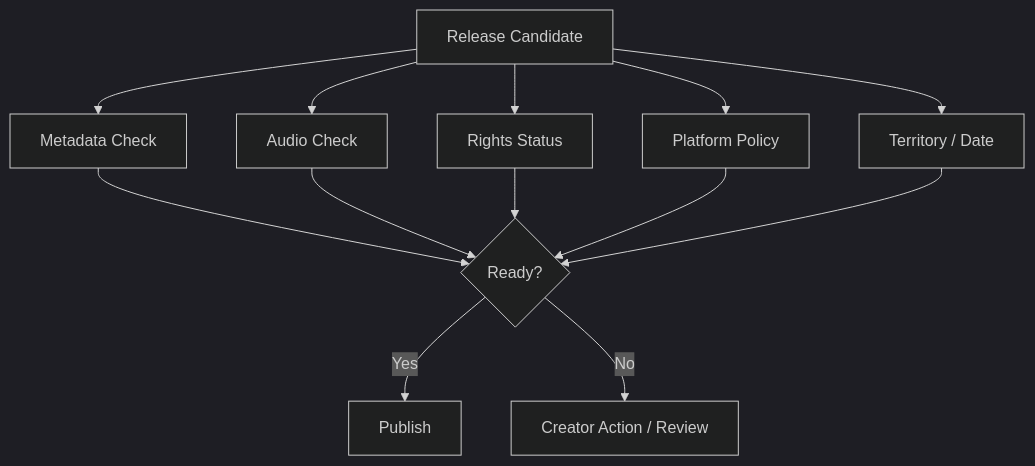
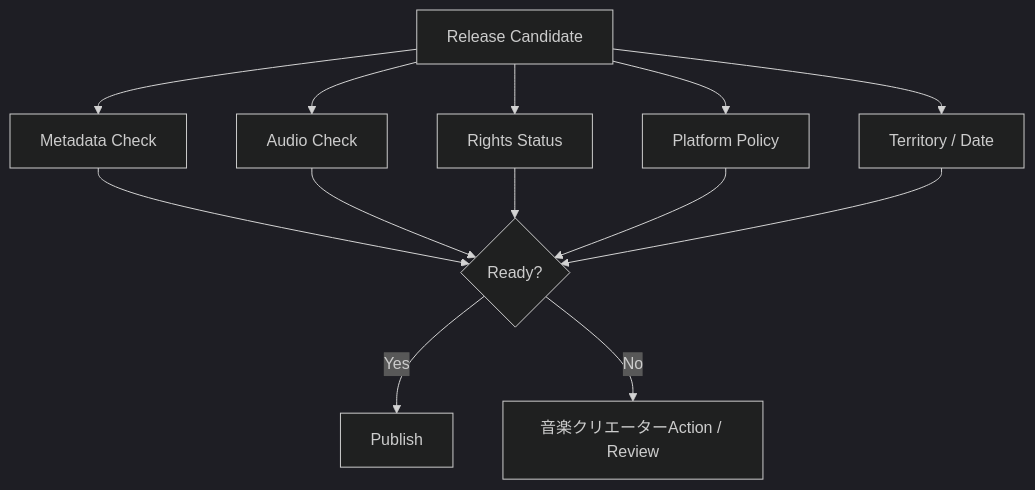
One commit to ShigeichiroYamasaki/creator-first-platform changed diagram 13 of 29 in docs/whitepaper/05-creator-onboarding.md. Above: the diagram before and after it, drawn with Mermaid (dark theme). The commit also changed other lines of this file and 67 other files, not shown here.

````diff
--- a/docs/whitepaper/05-creator-onboarding.md
+++ b/docs/whitepaper/05-creator-onboarding.md
@@ -430,19 +430,19 @@
 ```mermaid
 flowchart TD
     READY[Release Candidate]
 
     READY --> META[Metadata Check]
     READY --> AUDIO[Audio Check]
     READY --> RIGHTS[Rights Status]
     READY --> POLICY[Platform Policy]
     READY --> REGION[Territory / Date]
 
     META --> OK{Ready?}
     AUDIO --> OK
     RIGHTS --> OK
     POLICY --> OK
     REGION --> OK
 
     OK -->|Yes| PUBLISH[Publish]
-    OK -->|No| FIX[Creator Action / Review]
+    OK -->|No| FIX[音楽クリエーターAction / Review]
 ```
````
